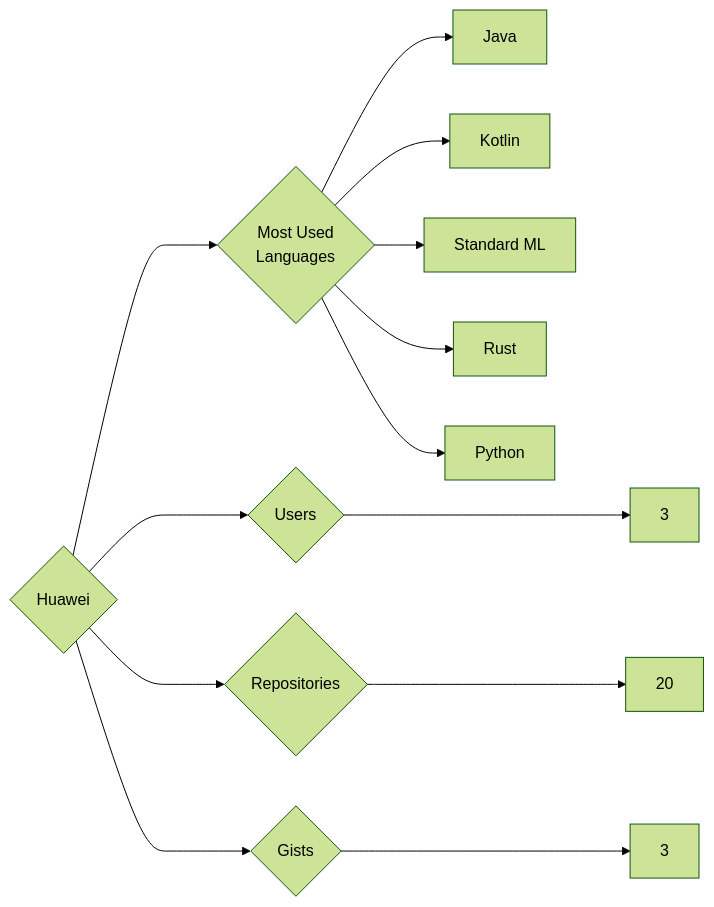
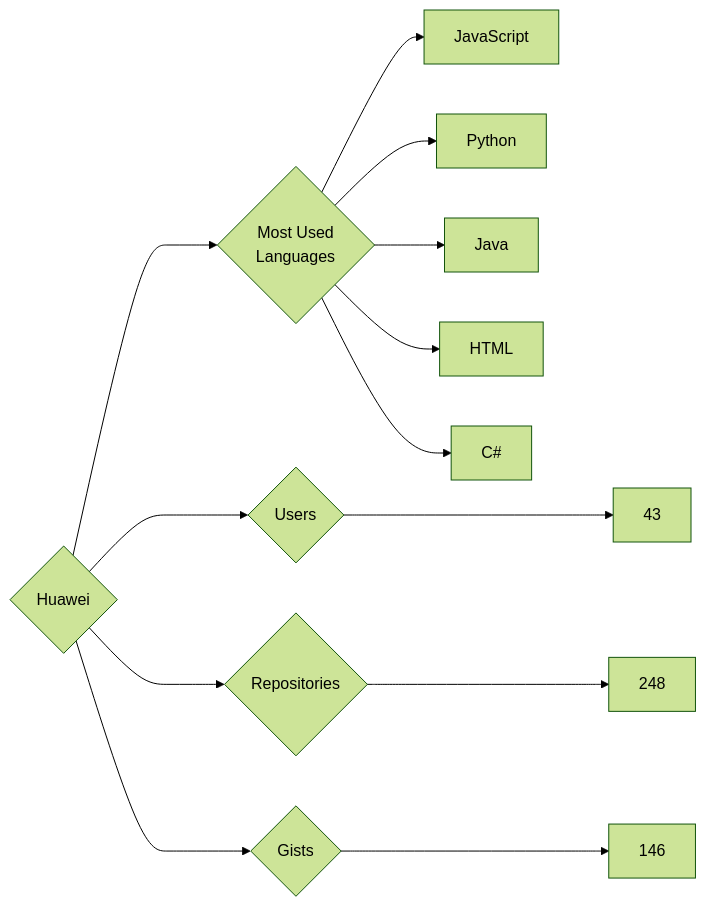
The diagram in targets/Huawei/README.md (trickest/insiders), drawn with Mermaid (forest theme) before and after one commit. The commit also changed 930 other files, not shown here.

````diff
--- a/targets/Huawei/README.md
+++ b/targets/Huawei/README.md
@@ -3,13 +3,13 @@
 ```mermaid
 graph LR
 COMPANY_NAME{Huawei}
-COMPANY_NAME ---> U{Users} ---> UN[3]
-COMPANY_NAME ---> R{Repositories} ---> RN[20]
-COMPANY_NAME ---> G{Gists} ---> GN[3]
+COMPANY_NAME ---> U{Users} ---> UN[43]
+COMPANY_NAME ---> R{Repositories} ---> RN[248]
+COMPANY_NAME ---> G{Gists} ---> GN[146]
 COMPANY_NAME ---> ML{Most Used<br>Languages}
+ML --> JavaScript[JavaScript]
+ML --> Python[Python]
 ML --> Java[Java]
-ML --> Kotlin[Kotlin]
-ML --> Standard_ML[Standard ML]
-ML --> Rust[Rust]
-ML --> Python[Python]
+ML --> HTML[HTML]
+ML --> C#[C#]
 ```
````
